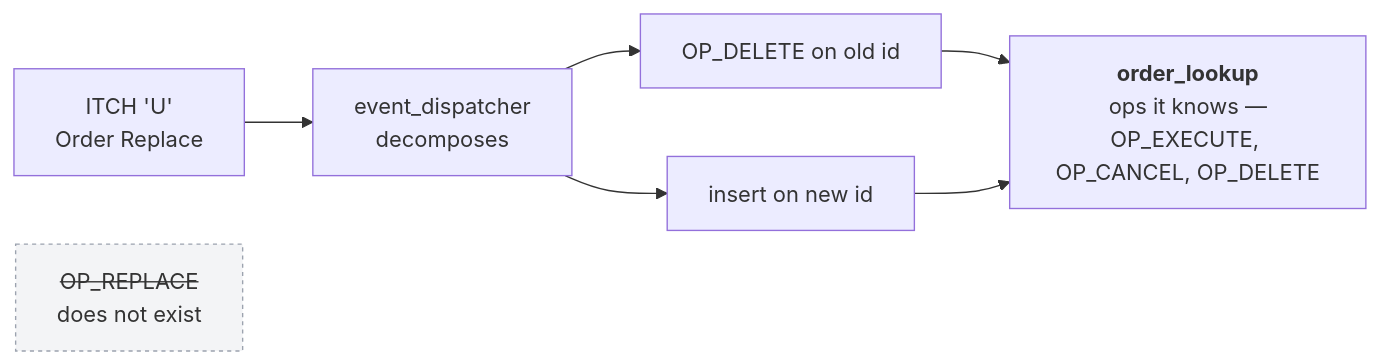
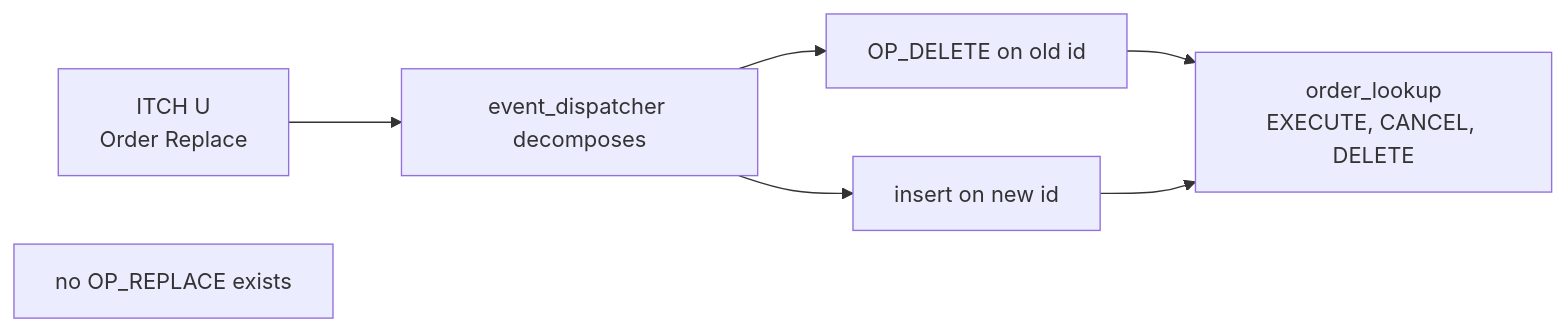
The fourth of 4 diagrams in docs/diagrams/event_dispatcher.md (Rushmello369/fpga-feed-handler), drawn with Mermaid before and after one commit. The commit also changed other lines of this file and 12 other files, not shown here.

Commit message:
add diagrams for system and module architectures

````diff
--- a/docs/diagrams/event_dispatcher.md
+++ b/docs/diagrams/event_dispatcher.md
@@ -127,12 +100,9 @@
 ```mermaid
 flowchart LR
-    U["ITCH 'U'<br/>Order Replace"] --> DEC["event_dispatcher<br/>decomposes"]
-    DEC --> D1["OP_DELETE on old id"]
-    DEC --> D2["insert on new id"]
-    D1 --> OL["<b>order_lookup</b><br/>ops it knows —<br/>OP_EXECUTE, OP_CANCEL, OP_DELETE"]
+    U[ITCH U<br/>Order Replace] --> DEC[event_dispatcher decomposes]
+    DEC --> D1[OP_DELETE on old id]
+    DEC --> D2[insert on new id]
+    D1 --> OL[order_lookup<br/>EXECUTE, CANCEL, DELETE]
     D2 --> OL
-    NO["<s>OP_REPLACE</s><br/>does not exist"]
-
-    classDef gone fill:#f3f4f6,stroke:#9ca3af,stroke-dasharray:3 3
-    class NO gone
+    NO[no OP_REPLACE exists]
 ```
````
